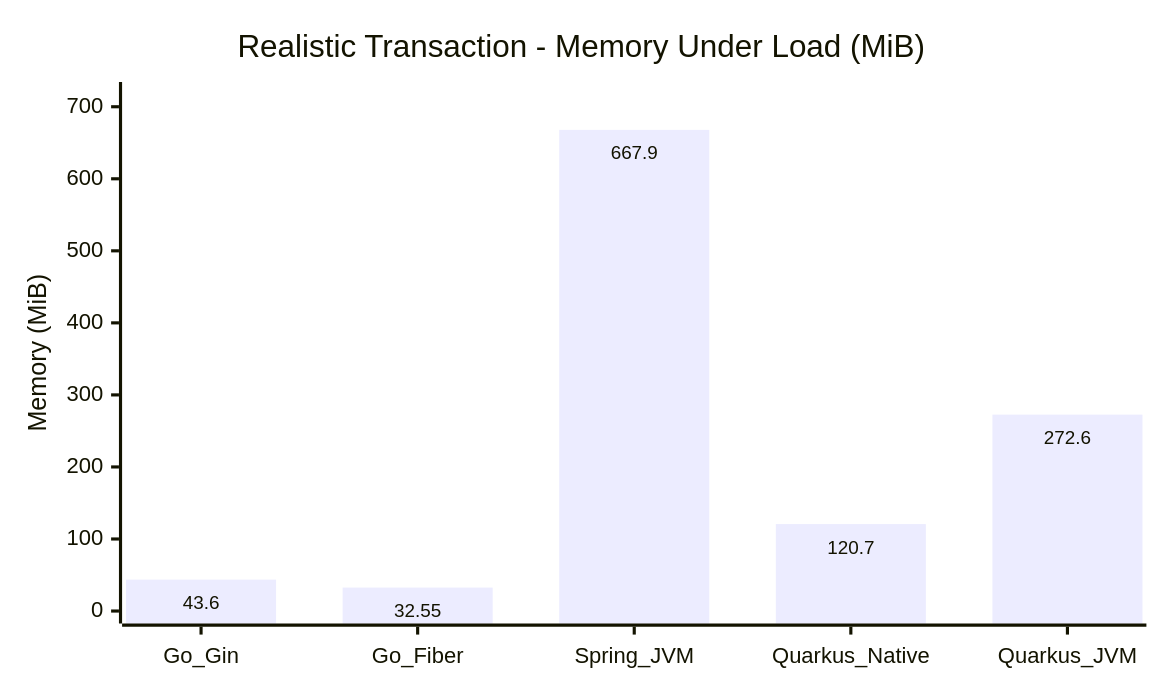
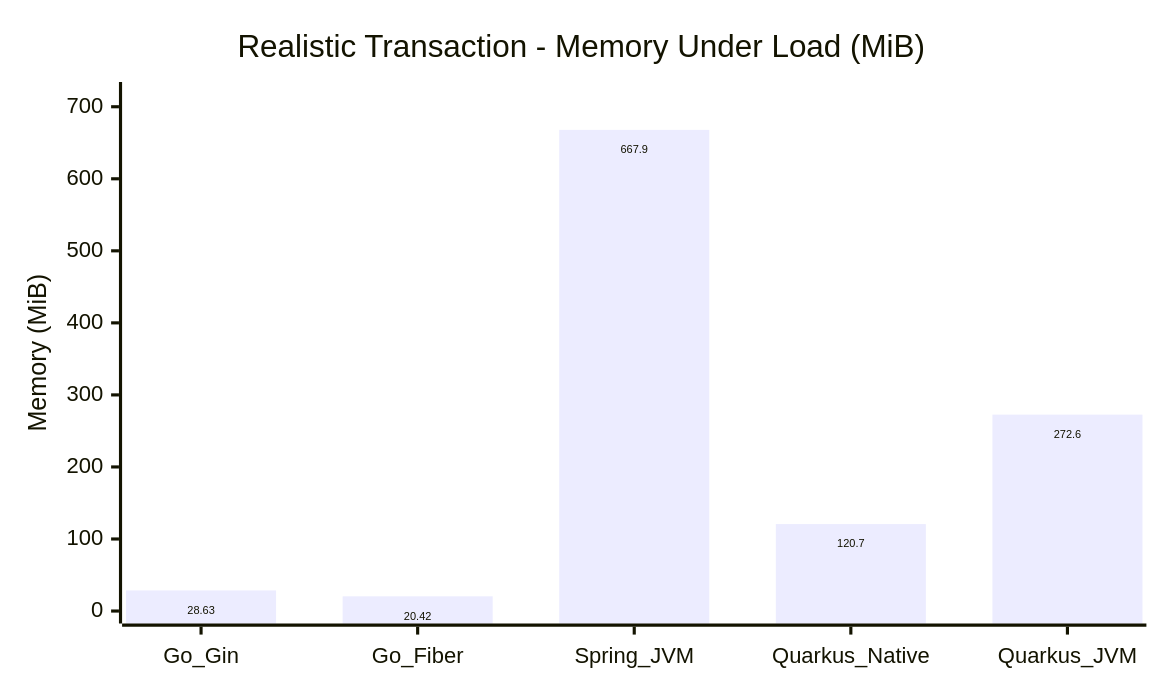
Before and after one commit to hiiamtin/go-vs-java: the third of 15 diagrams in COMPARISON_REPORT.md, drawn with Mermaid. The commit also changed other lines of this file and 58 other files, not shown here.

````diff
--- a/COMPARISON_REPORT.md
+++ b/COMPARISON_REPORT.md
@@ -76,14 +76,14 @@
 ```mermaid
 ---
 config:
   xyChart:
     width: 720
     height: 420
     showDataLabel: true
 ---
 xychart
     title "Realistic Transaction - Memory Under Load (MiB)"
     x-axis [Go_Gin, Go_Fiber, Spring_JVM, Quarkus_Native, Quarkus_JVM]
     y-axis "Memory (MiB)" 0 --> 717
-    bar [43.6, 32.55, 667.9, 120.7, 272.6]
+    bar [28.63, 20.42, 667.9, 120.7, 272.6]
 ```
````
